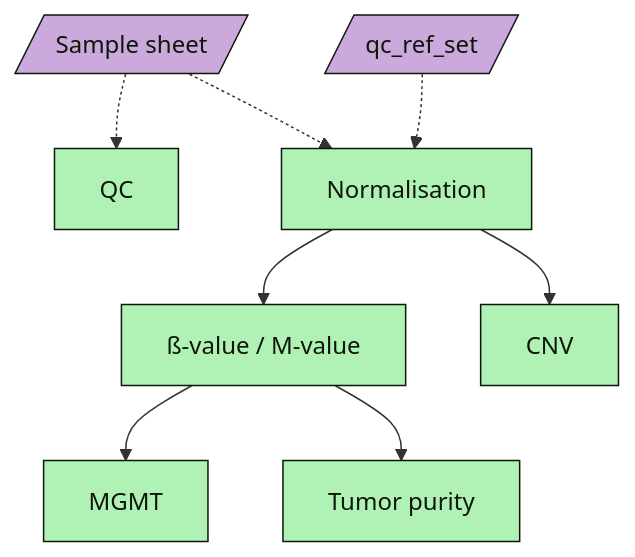
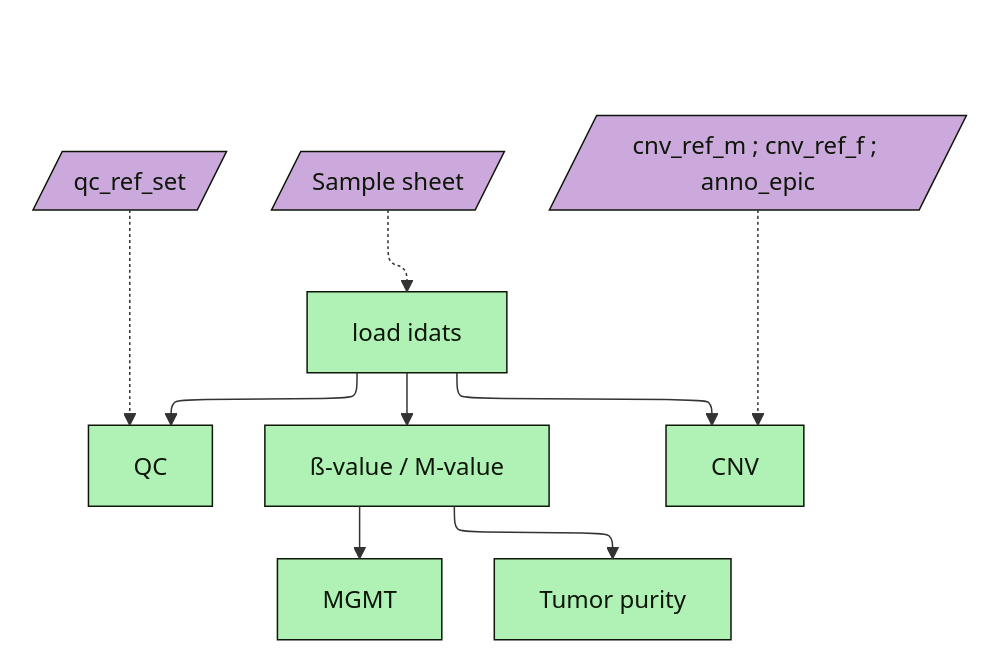
One commit to Bio2clip/MethylHome changed the diagram in doc/MethylHome_workflow.mmd. Above: the diagram before and after it, drawn with Mermaid. The commit also changed 4 other files, not shown here.

```diff
--- a/doc/MethylHome_workflow.mmd
+++ b/doc/MethylHome_workflow.mmd
@@ -1,34 +1,34 @@
+---
+config:
+  layout: elk
+---
+flowchart TD
+subgraph input[" "]
+  C@{ shape: lean-r, label: "qc_ref_set"} 
+  B@{ shape: lean-r, label: "Sample sheet"}
+  CNVM@{ shape: lean-r, label: "cnv_ref_m ; cnv_ref_f ; anno_epic"} 
 
-flowchart TD
+end
+  D@{ shape: rect, label: "QC"} 
+  E@{ shape: rect, label: "load idats"} -->  D & F & J
 
-%%Inputs
-  %%A@{ shape: lean-r, label: Output directory} -.-> D & E
-  B@{ shape: lean-r, label: Sample sheet} -.-> D & E
-  C@{ shape: lean-r, label: qc_ref_set} -.-> E
+  F@{ shape: rect, label: "ß-value / M-value"} -->  I & K 
+  
+  J@{ shape: rect, label: "CNV"}
+  I@{ shape: rect, label: "MGMT"} 
+  K@{ shape: rect, label: "Tumor purity"}
 
-%% Processes
-  D@{ shape: rect, label: QC} 
-  E@{ shape: rect, label: Normalisation} --> F & J
-  F@{ shape: rect, label: "ß-value / M-value"} -->  I & K
-  %%G@{ shape: rect, label: Classifier} 
-  %%H@{ shape: rect, label: UMAP / t-SNE}
-  I@{ shape: rect, label: MGMT} 
-  J@{ shape: rect, label: CNV}
-  K@{ shape: rect, label: Tumor purity}
-
-
-%% Inputs
-%%style A color:#0e1609, fill:#cca9dd, stroke:#0e1609
+B -.-> E
+C -.-> D
+CNVM -.-> J
 style B color:#0e1609, fill:#cca9dd, stroke:#0e1609
 style C color:#0e1609, fill:#cca9dd, stroke:#0e1609
-
-
-%% Processses
+style CNVM color:#0e1609, fill:#cca9dd, stroke:#0e1609
 style D color:#0e1609, fill:#b0f2b6, stroke:#0e1609
 style E color:#0e1609, fill:#b0f2b6, stroke:#0e1609
 style F color:#0e1609, fill:#b0f2b6, stroke:#0e1609
 style I color:#0e1609, fill:#b0f2b6, stroke:#0e1609
-%%style G color:#0e1609, fill:#b0f2b6, stroke:#0e1609
-%%style H color:#0e1609, fill:#b0f2b6, stroke:#0e1609
 style J color:#0e1609, fill:#b0f2b6, stroke:#0e1609
 style K color:#0e1609, fill:#b0f2b6, stroke:#0e1609
+
+style input fill:none,stroke:none
```
